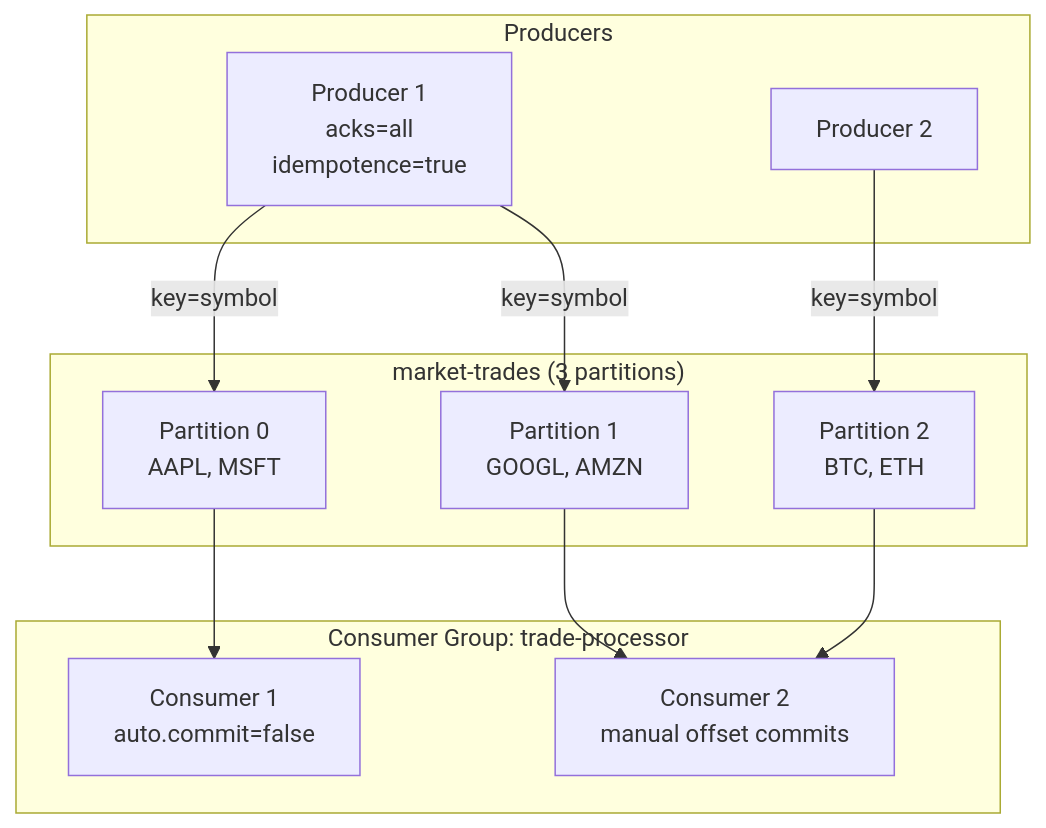
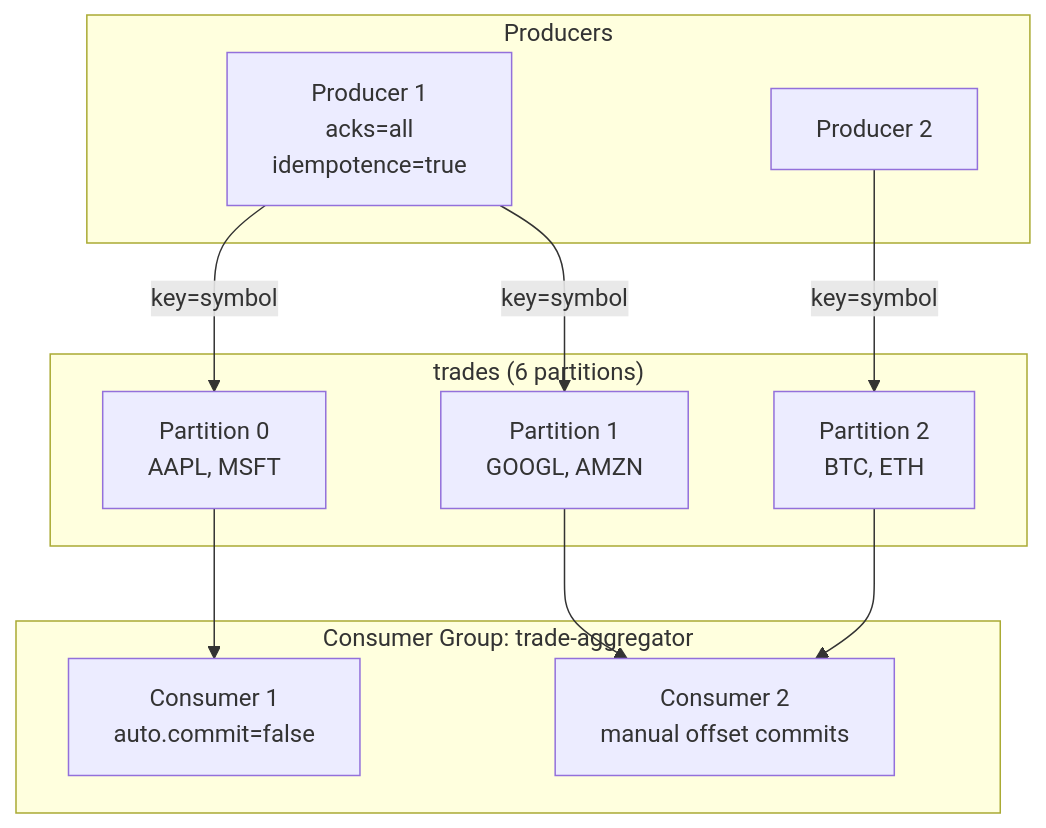
The tenth of 15 diagrams in JanAndFeb/architecture-diagrams.md (BNSBNS/DEPlayground), drawn with Mermaid before and after one commit. The commit also changed other lines of this file and 47 other files, not shown here.

````diff
--- a/JanAndFeb/architecture-diagrams.md
+++ b/JanAndFeb/architecture-diagrams.md
@@ -535,26 +535,26 @@
 ```mermaid
 flowchart TB
     subgraph Producers
         P1[Producer 1<br/>acks=all<br/>idempotence=true]
         P2[Producer 2]
     end
 
-    subgraph Topic["market-trades (3 partitions)"]
+    subgraph Topic["trades (6 partitions)"]
         PA0[Partition 0<br/>AAPL, MSFT]
         PA1[Partition 1<br/>GOOGL, AMZN]
         PA2[Partition 2<br/>BTC, ETH]
     end
 
-    subgraph ConsumerGroup["Consumer Group: trade-processor"]
+    subgraph ConsumerGroup["Consumer Group: trade-aggregator"]
         C1[Consumer 1<br/>auto.commit=false]
         C2[Consumer 2<br/>manual offset commits]
     end
 
     P1 -->|key=symbol| PA0
     P1 -->|key=symbol| PA1
     P2 -->|key=symbol| PA2
 
     PA0 --> C1
     PA1 --> C2
     PA2 --> C2
 ```
````
